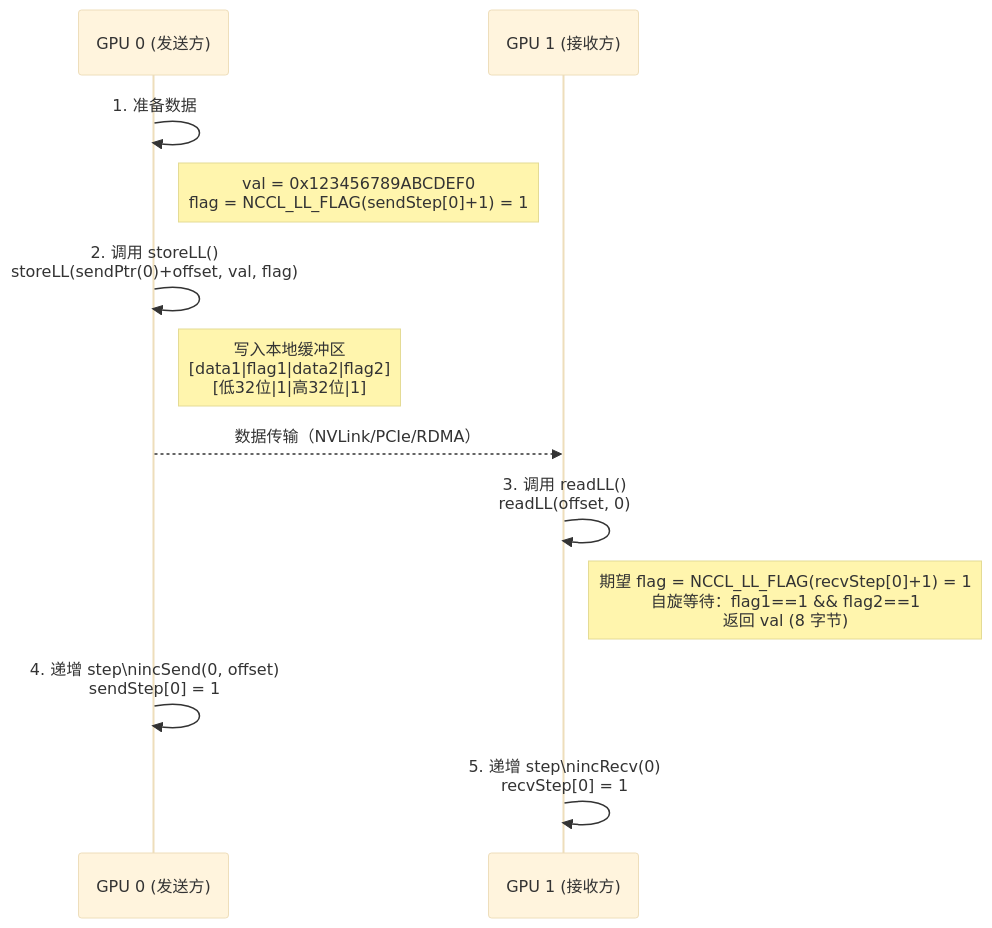
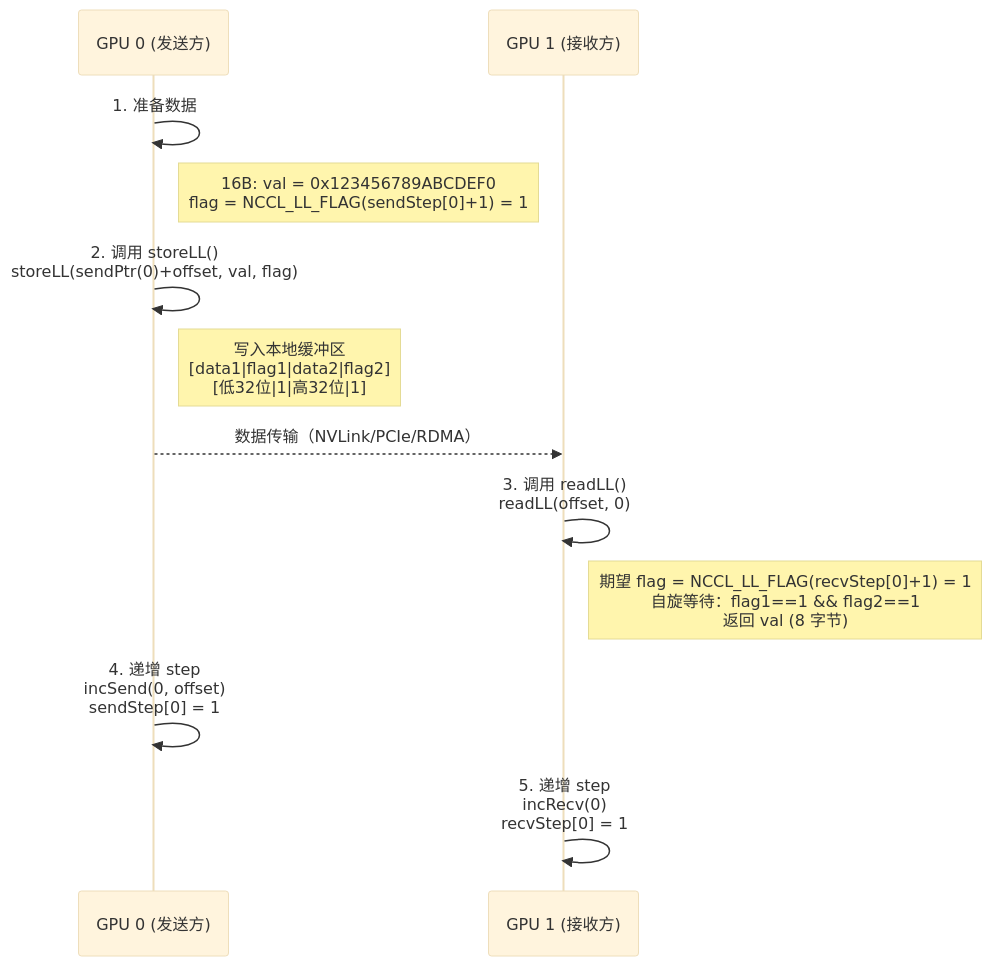
One commit to hzqjyyx/nccl changed the first of 4 diagrams in docs/protocol_ll/03_双标志位机制详解.md. Above: the diagram before and after it, drawn with Mermaid (base theme). The commit also changed other lines of this file and 4 other files, not shown here.

````diff
--- a/docs/protocol_ll/03_双标志位机制详解.md
+++ b/docs/protocol_ll/03_双标志位机制详解.md
@@ -32,18 +34,18 @@
 ```mermaid
 sequenceDiagram
     participant G0 as GPU 0 (发送方)
     participant G1 as GPU 1 (接收方)
 
     G0->>G0: 1. 准备数据
-    Note right of G0: val = 0x123456789ABCDEF0<br>flag = NCCL_LL_FLAG(sendStep[0]+1) = 1
+    Note right of G0: 16B: val = 0x123456789ABCDEF0<br>flag = NCCL_LL_FLAG(sendStep[0]+1) = 1
     G0->>G0: 2. 调用 storeLL()<br>storeLL(sendPtr(0)+offset, val, flag)
     Note right of G0: 写入本地缓冲区<br>[data1|flag1|data2|flag2]<br>[低32位|1|高32位|1]
 
     G0-->>G1: 数据传输（NVLink/PCIe/RDMA）
 
     G1->>G1: 3. 调用 readLL()<br>readLL(offset, 0)
     Note right of G1: 期望 flag = NCCL_LL_FLAG(recvStep[0]+1) = 1<br>自旋等待：flag1==1 && flag2==1<br>返回 val (8 字节)
 
-    G0->>G0: 4. 递增 step\nincSend(0, offset)<br>sendStep[0] = 1
-    G1->>G1: 5. 递增 step\nincRecv(0)<br>recvStep[0] = 1
+    G0->>G0: 4. 递增 step<br>incSend(0, offset)<br>sendStep[0] = 1
+    G1->>G1: 5. 递增 step<br>incRecv(0)<br>recvStep[0] = 1
 ```
````
